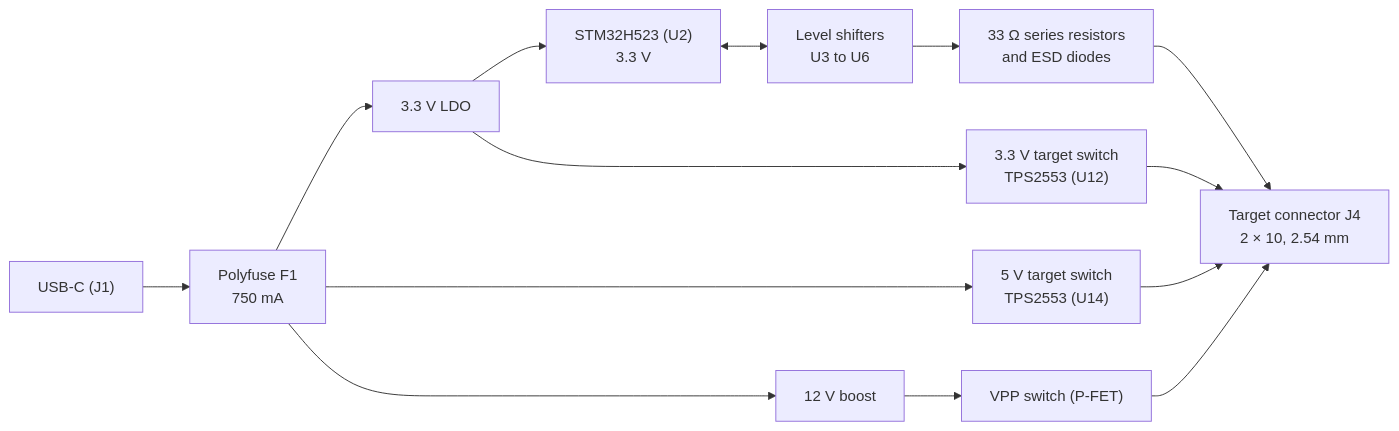
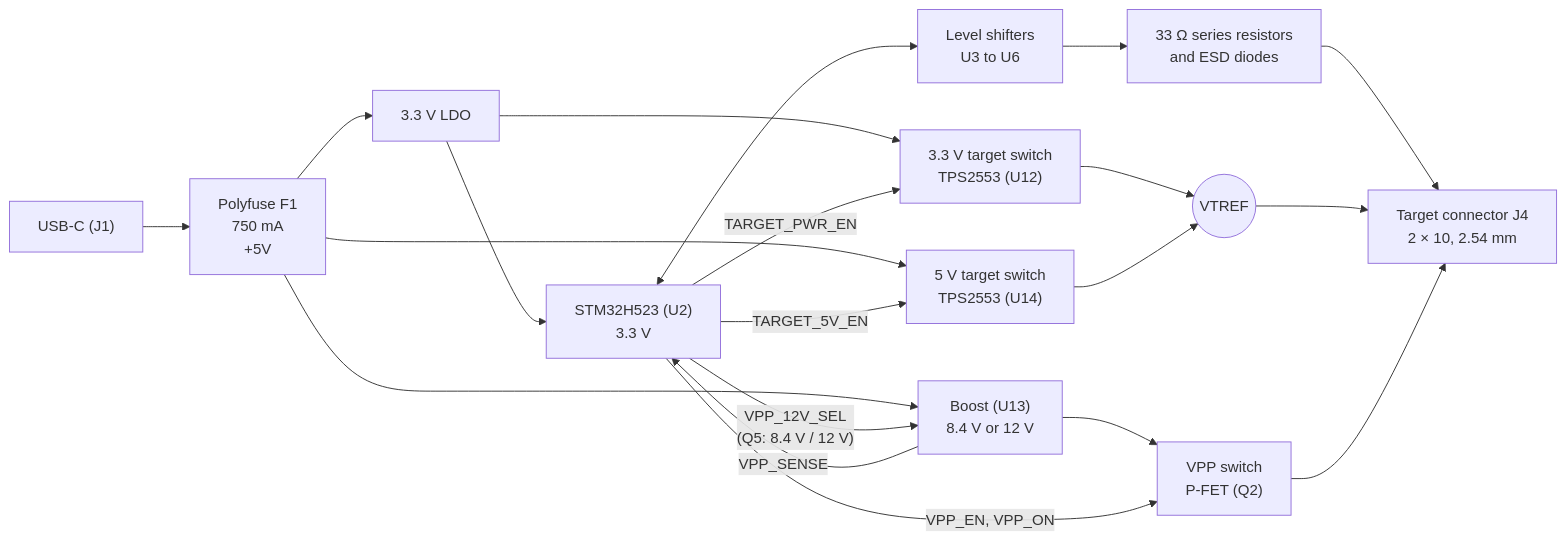
One commit to OpenMUPP/openmupp-v1 changed the diagram in README.md. Above: the diagram before and after it, drawn with Mermaid. The commit also changed other lines of this file, not shown here.

Commit message:
docs: show selectable target supply and VPP in the overview

````diff
--- a/README.md
+++ b/README.md
@@ -21,16 +21,25 @@
 ```mermaid
 flowchart LR
-    usb["USB-C (J1)"] --> fuse["Polyfuse F1<br/>750 mA"]
+    usb["USB-C (J1)"] --> fuse["Polyfuse F1<br/>750 mA<br/>+5V"]
     fuse --> ldo["3.3 V LDO"]
-    fuse --> boost["12 V boost"]
+    fuse --> boost["Boost (U13)<br/>8.4 V or 12 V"]
     ldo --> mcu["STM32H523 (U2)<br/>3.3 V"]
     mcu <--> ls["Level shifters<br/>U3 to U6"]
     ls --> esd["33 Ω series resistors<br/>and ESD diodes"]
-    esd --> j3["Target connector J4<br/>2 × 10, 2.54 mm"]
-    ldo --> tps["3.3 V target switch<br/>TPS2553 (U12)"]
-    tps --> j3
+    esd --> j4["Target connector J4<br/>2 × 10, 2.54 mm"]
+
+    ldo --> tps33["3.3 V target switch<br/>TPS2553 (U12)"]
     fuse --> tps5["5 V target switch<br/>TPS2553 (U14)"]
-    tps5 --> j3
-    boost --> vpp["VPP switch (P-FET)"]
-    vpp --> j3
+    tps33 --> vtref(("VTREF"))
+    tps5 --> vtref
+    vtref --> j4
+
+    boost --> vpp["VPP switch<br/>P-FET (Q2)"]
+    vpp --> j4
+
+    mcu -- "TARGET_PWR_EN" --> tps33
+    mcu -- "TARGET_5V_EN" --> tps5
+    mcu -- "VPP_12V_SEL<br/>(Q5: 8.4 V / 12 V)" --> boost
+    mcu -- "VPP_EN, VPP_ON" --> vpp
+    boost -- "VPP_SENSE" --> mcu
 ```
````
